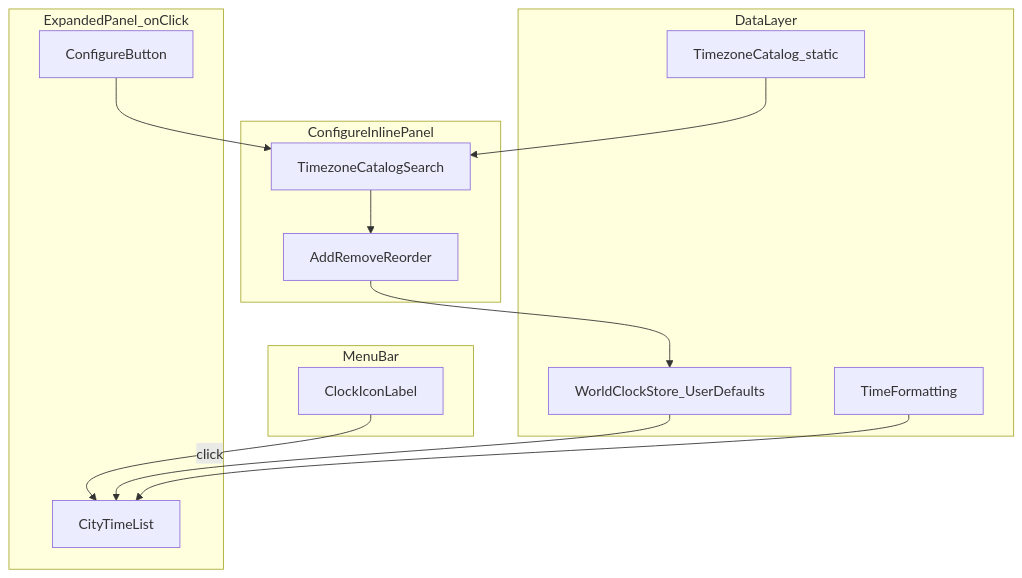
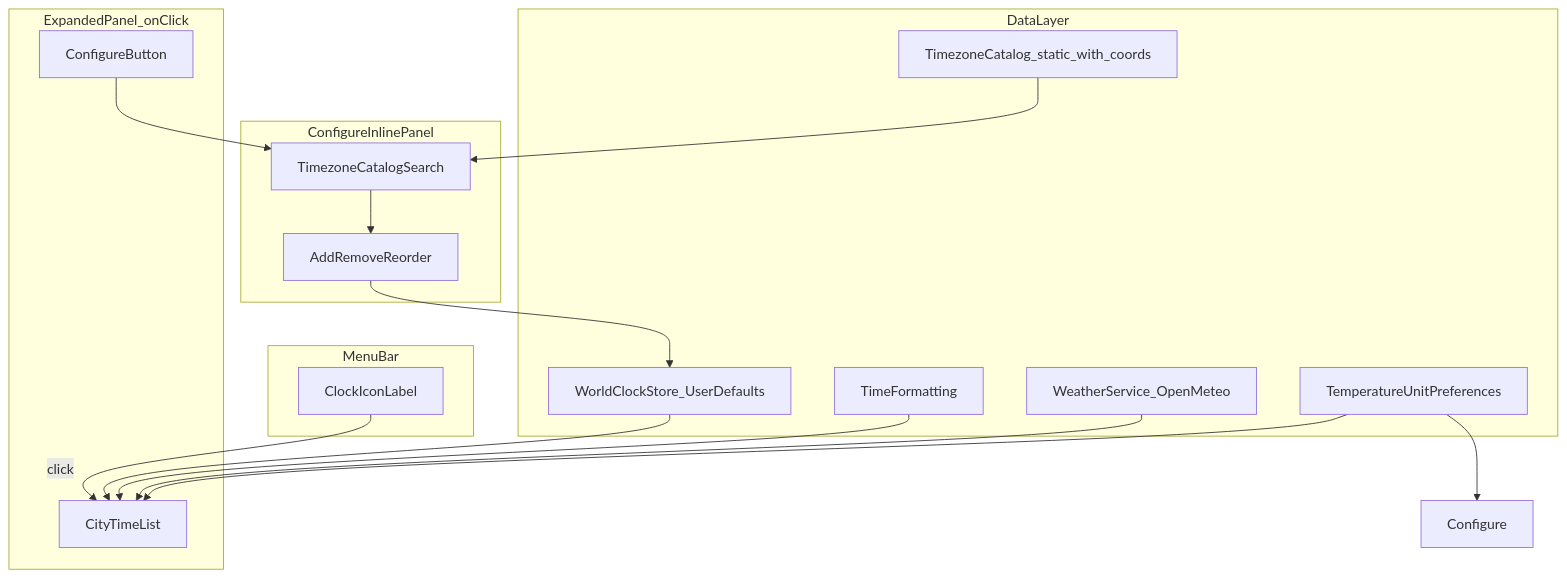
The diagram in .sdd/specs/mac-world-clock/plan.md (CK-McK/mac-world-clock), drawn with Mermaid before and after one commit. The commit also changed other lines of this file and 14 other files, not shown here.

First line of the commit message:
Add Open-Meteo weather and temperature unit preference (v2.0.0)

````diff
--- a/.sdd/specs/mac-world-clock/plan.md
+++ b/.sdd/specs/mac-world-clock/plan.md
@@ -47,30 +49,35 @@
 ```mermaid
 flowchart TB
     subgraph menubar [MenuBar]
         Icon[ClockIconLabel]
     end
 
     subgraph panel [ExpandedPanel_onClick]
         List[CityTimeList]
         ConfigureBtn[ConfigureButton]
     end
 
     subgraph config [ConfigureInlinePanel]
         Catalog[TimezoneCatalogSearch]
         Picker[AddRemoveReorder]
     end
 
     subgraph data [DataLayer]
         Store[WorldClockStore_UserDefaults]
-        CatalogData[TimezoneCatalog_static]
+        CatalogData[TimezoneCatalog_static_with_coords]
         Formatter[TimeFormatting]
+        WeatherLayer[WeatherService_OpenMeteo]
+        TempPrefs[TemperatureUnitPreferences]
     end
 
     Icon -->|click| List
     ConfigureBtn --> Catalog
     Catalog --> Picker
     Picker --> Store
     Store --> List
     CatalogData --> Catalog
     Formatter --> List
+    WeatherLayer --> List
+    TempPrefs --> List
+    TempPrefs --> Configure
 ```
````
